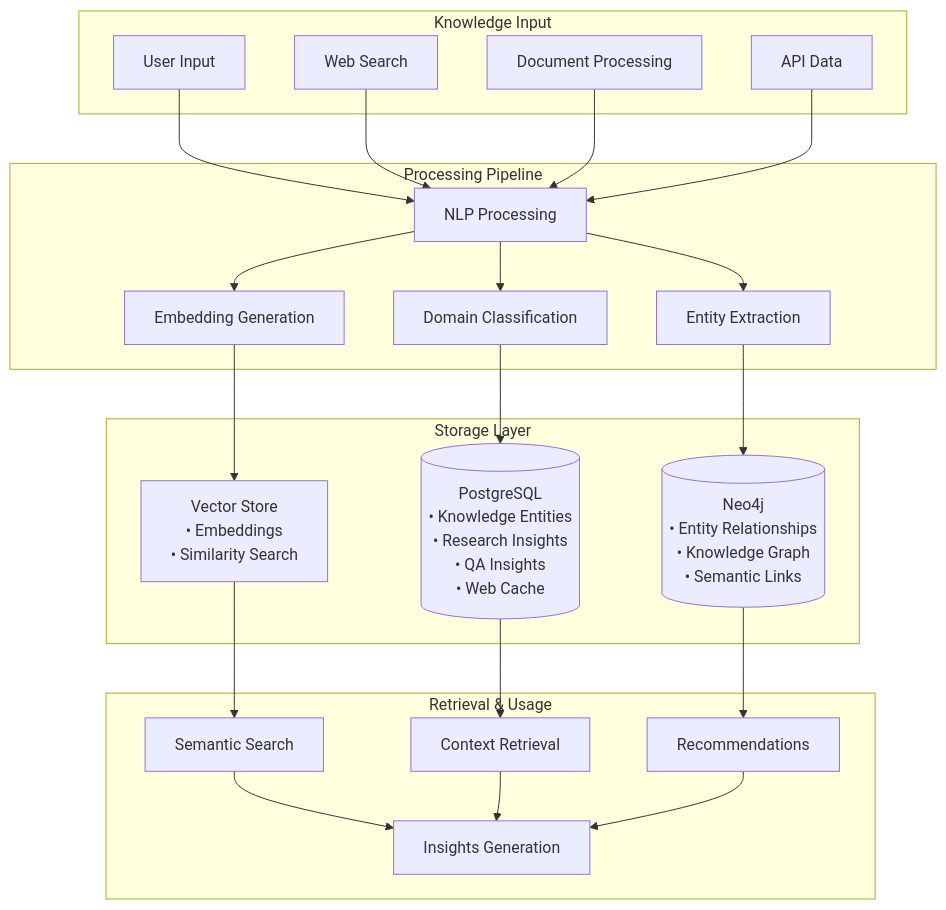
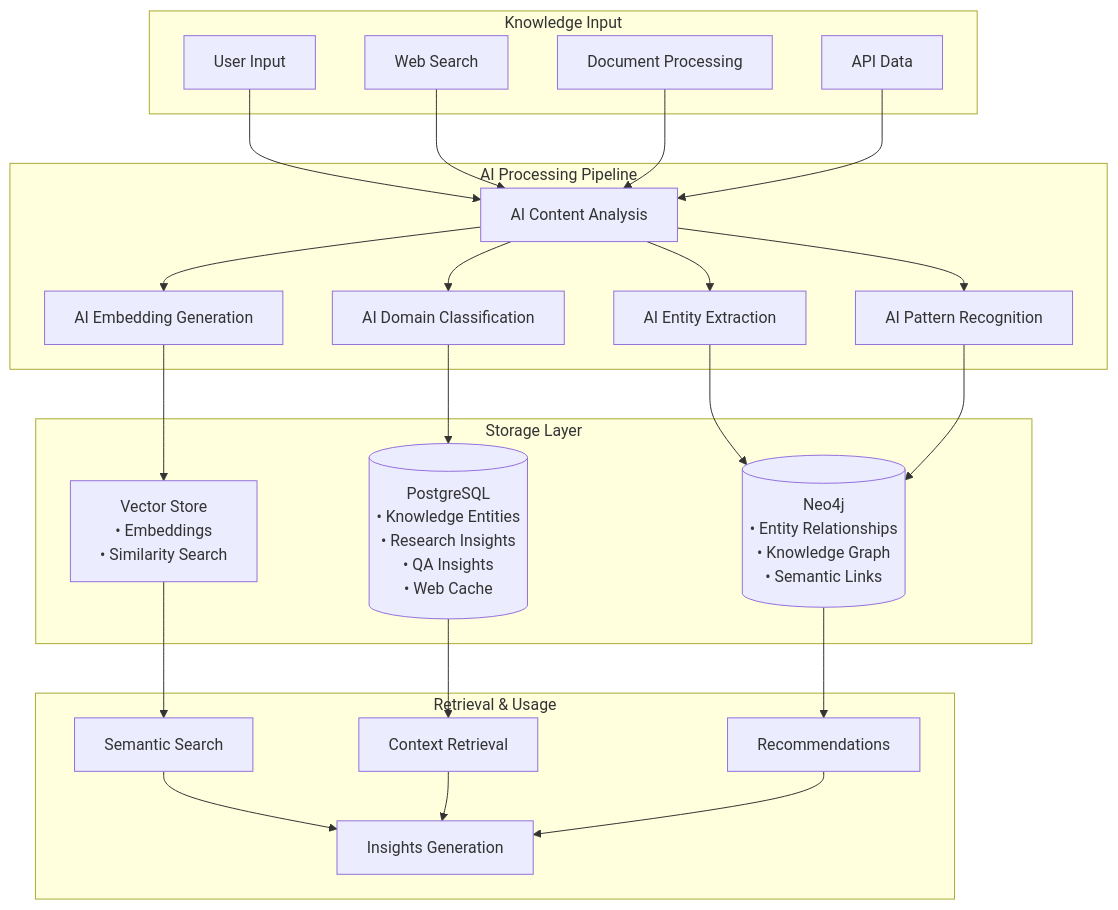
One commit to KevinDyerAU/AthenAiV2 changed the third of 5 diagrams in README.md. Above: the diagram before and after it, drawn with Mermaid. The commit also changed other lines of this file and 2 other files, not shown here.

Commit message:
feat: replace basic NLP with AI-powered content analysis and entity extraction

````diff
--- a/README.md
+++ b/README.md
@@ -163,50 +168,53 @@
 ```mermaid
 graph TD
     subgraph "Knowledge Input"
         UI[User Input]
         WS[Web Search]
         DOC[Document Processing]
         API[API Data]
     end
     
-    subgraph "Processing Pipeline"
-        NLP[NLP Processing]
-        EMB[Embedding Generation]
-        CLS[Domain Classification]
-        EXT[Entity Extraction]
+    subgraph "AI Processing Pipeline"
+        AI[AI Content Analysis]
+        EMB[AI Embedding Generation]
+        CLS[AI Domain Classification]
+        EXT[AI Entity Extraction]
+        PAT[AI Pattern Recognition]
     end
     
     subgraph "Storage Layer"
         PG[(PostgreSQL<br/>• Knowledge Entities<br/>• Research Insights<br/>• QA Insights<br/>• Web Cache)]
         NEO[(Neo4j<br/>• Entity Relationships<br/>• Knowledge Graph<br/>• Semantic Links)]
         VEC[Vector Store<br/>• Embeddings<br/>• Similarity Search]
     end
     
     subgraph "Retrieval & Usage"
         SEM[Semantic Search]
         CTX[Context Retrieval]
         REC[Recommendations]
         INS[Insights Generation]
     end
     
-    UI --> NLP
-    WS --> NLP
-    DOC --> NLP
-    API --> NLP
+    UI --> AI
+    WS --> AI
+    DOC --> AI
+    API --> AI
     
-    NLP --> EMB
-    NLP --> CLS
-    NLP --> EXT
+    AI --> EMB
+    AI --> CLS
+    AI --> EXT
+    AI --> PAT
     
     EMB --> VEC
     CLS --> PG
     EXT --> NEO
+    PAT --> NEO
     
     VEC --> SEM
     PG --> CTX
     NEO --> REC
     
     SEM --> INS
     CTX --> INS
     REC --> INS
 ```
````
